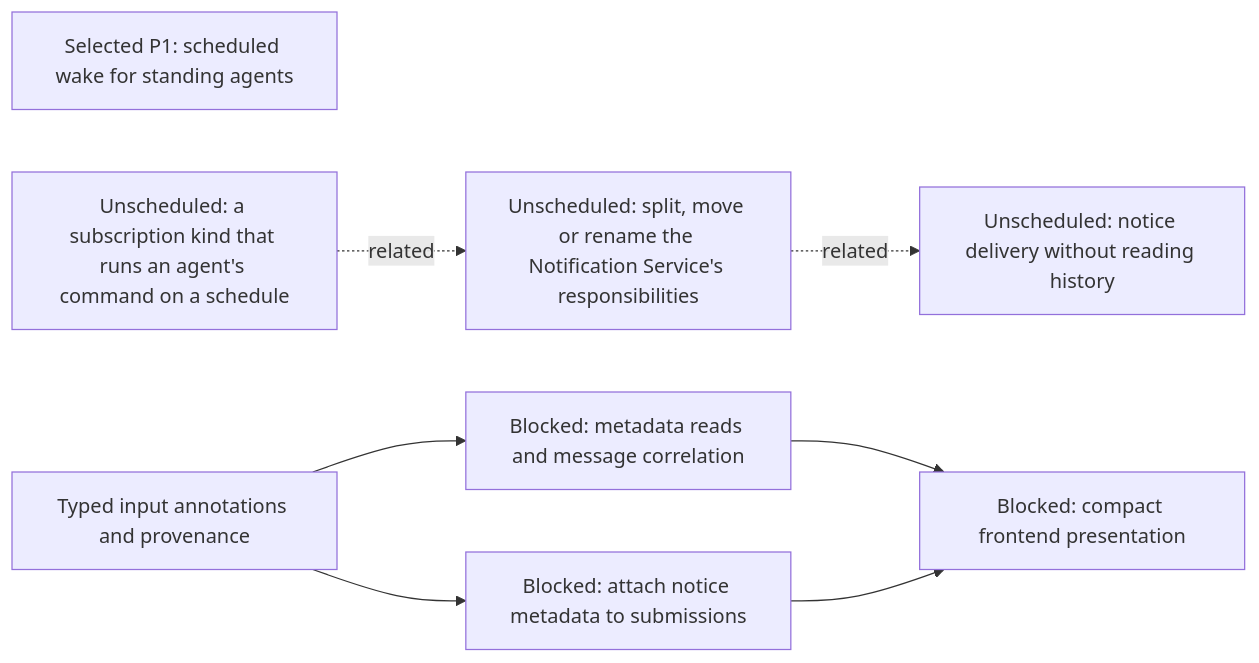
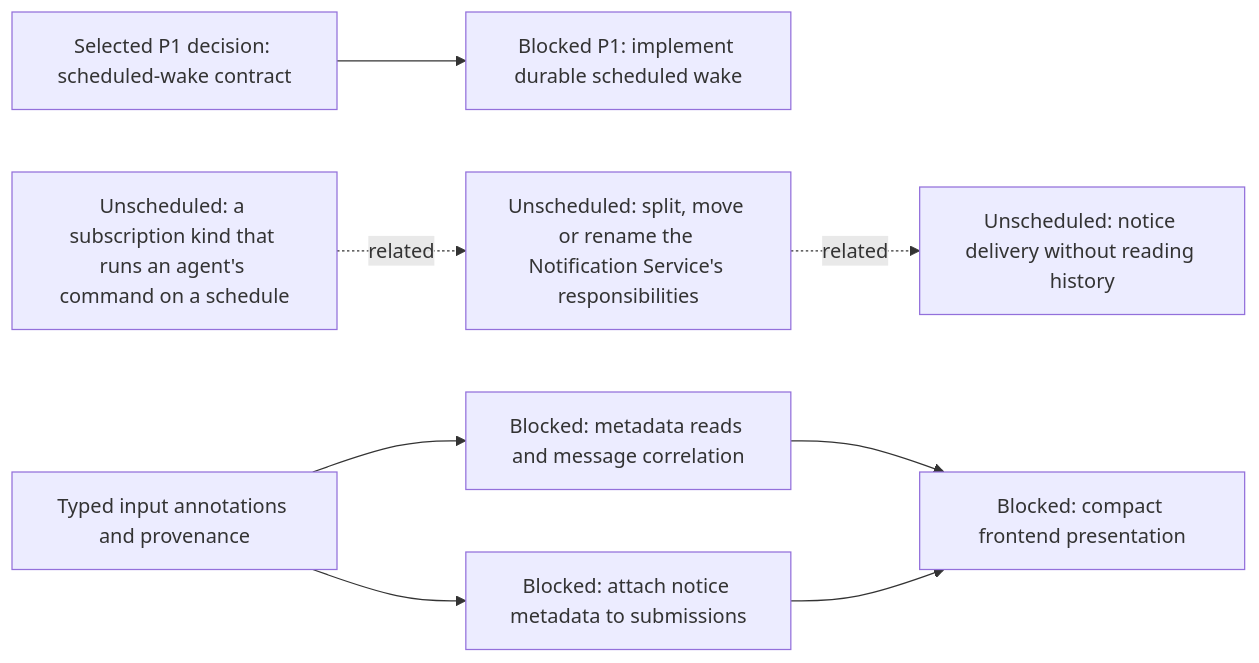
The second of 18 diagrams in agentplane/plans/task_dag.md (agentydragon/ducktape), drawn with Mermaid before and after one commit. The commit also changed other lines of this file and 3 other files, not shown here.

````diff
--- a/agentplane/plans/task_dag.md
+++ b/agentplane/plans/task_dag.md
@@ -163,17 +199,19 @@
 ```mermaid
 flowchart LR
-    SCHEDULED_AGENT_WAKE[Selected P1: scheduled wake for standing agents]
+    SCHEDULED_AGENT_WAKE_DESIGN[Selected P1 decision: scheduled-wake contract]
+    SCHEDULED_AGENT_WAKE[Blocked P1: implement durable scheduled wake]
+    SCHEDULED_AGENT_WAKE_DESIGN --> SCHEDULED_AGENT_WAKE
     NOTIFICATION_COMMAND_OUTCOME_DESIGN[Unscheduled: notice delivery without reading history]
     NOTIFICATION_SERVICE_SPLIT[Unscheduled: split, move or rename the Notification Service's responsibilities]
     NOTIFICATION_SERVICE_SPLIT -. related .-> NOTIFICATION_COMMAND_OUTCOME_DESIGN
     COMMAND_WATCH_SUBSCRIPTION_DESIGN[Unscheduled: a subscription kind that runs an agent's command on a schedule]
     COMMAND_WATCH_SUBSCRIPTION_DESIGN -. related .-> NOTIFICATION_SERVICE_SPLIT
     SESSION_INPUT_METADATA[Typed input annotations and provenance]
     SESSION_INPUT_METADATA_READ[Blocked: metadata reads and message correlation]
     NOTIFICATION_NOTICE_METADATA[Blocked: attach notice metadata to submissions]
     NOTIFICATION_PRESENTATION[Blocked: compact frontend presentation]
     SESSION_INPUT_METADATA --> SESSION_INPUT_METADATA_READ
     SESSION_INPUT_METADATA --> NOTIFICATION_NOTICE_METADATA
     SESSION_INPUT_METADATA_READ --> NOTIFICATION_PRESENTATION
     NOTIFICATION_NOTICE_METADATA --> NOTIFICATION_PRESENTATION
 ```
````
